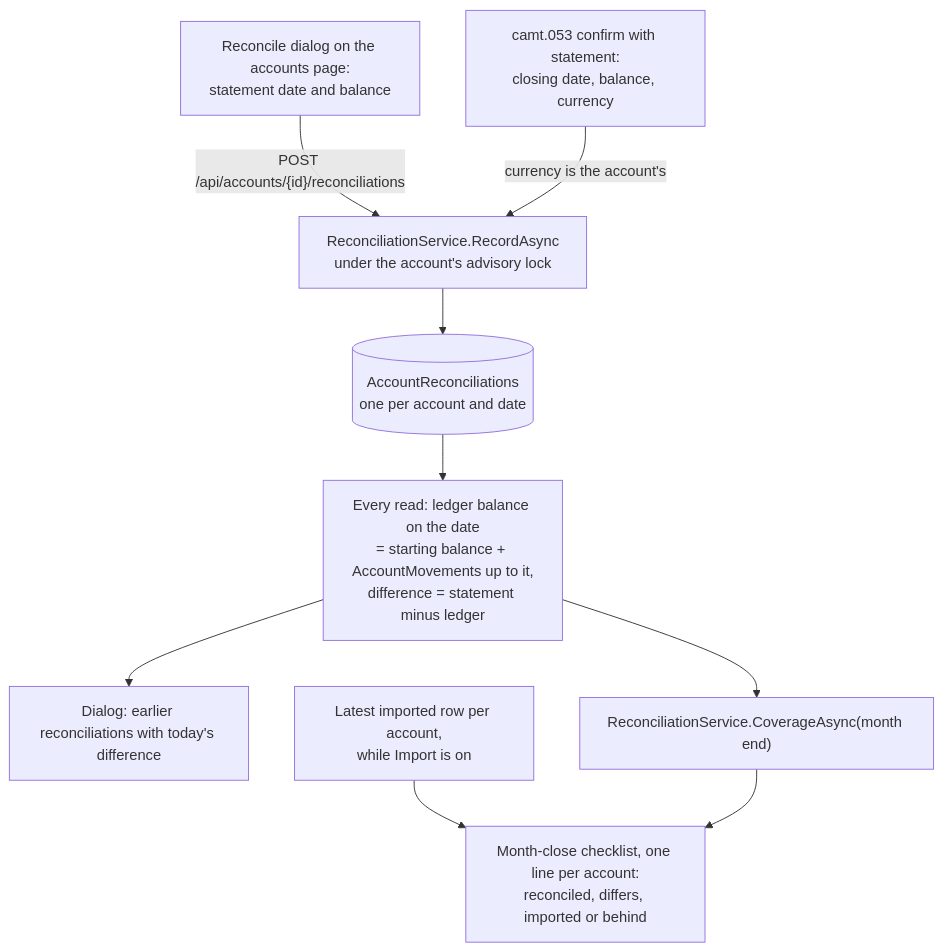
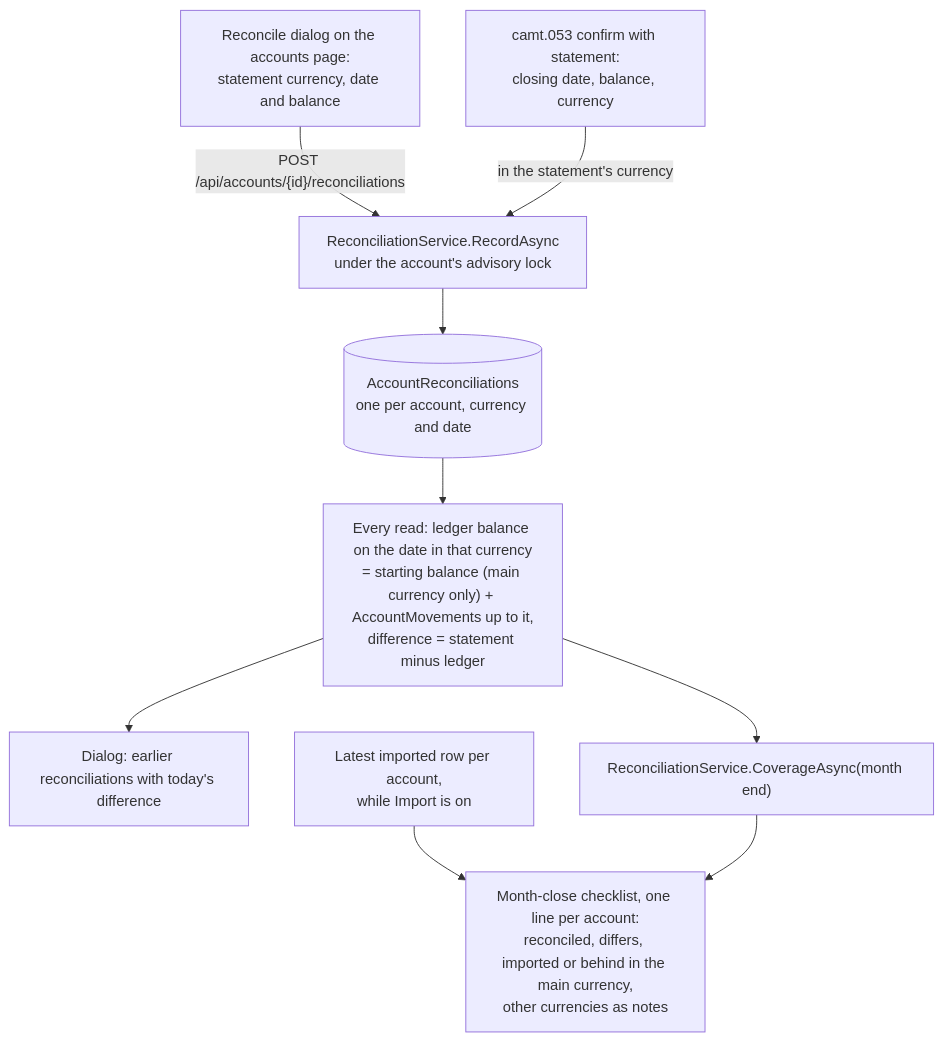
One commit to Justxs/Jx-Finance changed the diagram in docs/features/reconciliation.md. Above: the diagram before and after it, drawn with Mermaid. The commit also changed other lines of this file and 49 other files, not shown here.

Commit message:
feat(accounts): reconcile any currency an account holds

````diff
--- a/docs/features/reconciliation.md
+++ b/docs/features/reconciliation.md
@@ -9,11 +9,11 @@
 ```mermaid
 flowchart TD
-    Typed["Reconcile dialog on the accounts page:<br/>statement date and balance"] -->|"POST /api/accounts/{id}/reconciliations"| Record
-    Camt["camt.053 confirm with statement:<br/>closing date, balance, currency"] -->|"currency is the account's"| Record
-    Record["ReconciliationService.RecordAsync<br/>under the account's advisory lock"] --> Table[("AccountReconciliations<br/>one per account and date")]
-    Table --> Read["Every read: ledger balance on the date<br/>= starting balance + AccountMovements up to it,<br/>difference = statement minus ledger"]
+    Typed["Reconcile dialog on the accounts page:<br/>statement currency, date and balance"] -->|"POST /api/accounts/{id}/reconciliations"| Record
+    Camt["camt.053 confirm with statement:<br/>closing date, balance, currency"] -->|"in the statement's currency"| Record
+    Record["ReconciliationService.RecordAsync<br/>under the account's advisory lock"] --> Table[("AccountReconciliations<br/>one per account, currency and date")]
+    Table --> Read["Every read: ledger balance on the date in that currency<br/>= starting balance (main currency only) + AccountMovements up to it,<br/>difference = statement minus ledger"]
     Read --> Dialog["Dialog: earlier reconciliations with today's difference"]
     Read --> Coverage["ReconciliationService.CoverageAsync(month end)"]
     Imports["Latest imported row per account,<br/>while Import is on"] --> Checklist
-    Coverage --> Checklist["Month-close checklist, one line per account:<br/>reconciled, differs, imported or behind"]
+    Coverage --> Checklist["Month-close checklist, one line per account:<br/>reconciled, differs, imported or behind in the main currency,<br/>other currencies as notes"]
 ```
````
